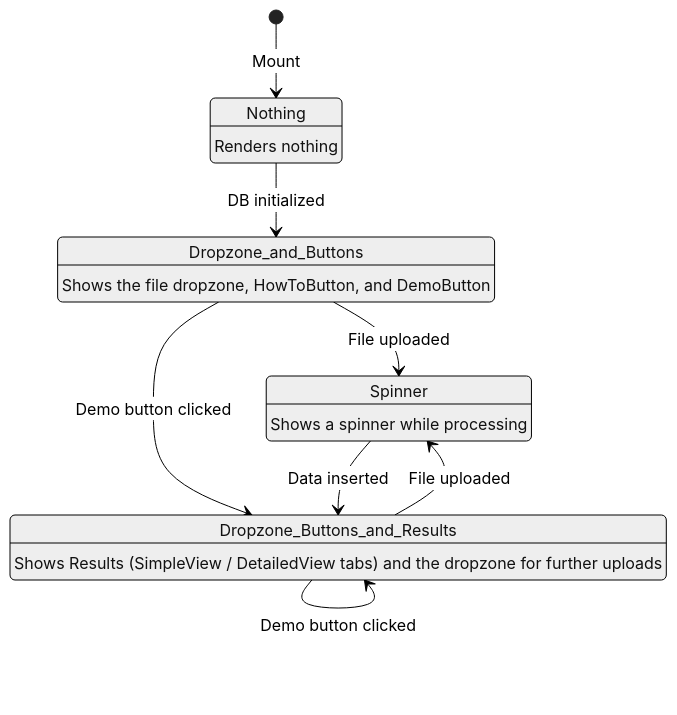
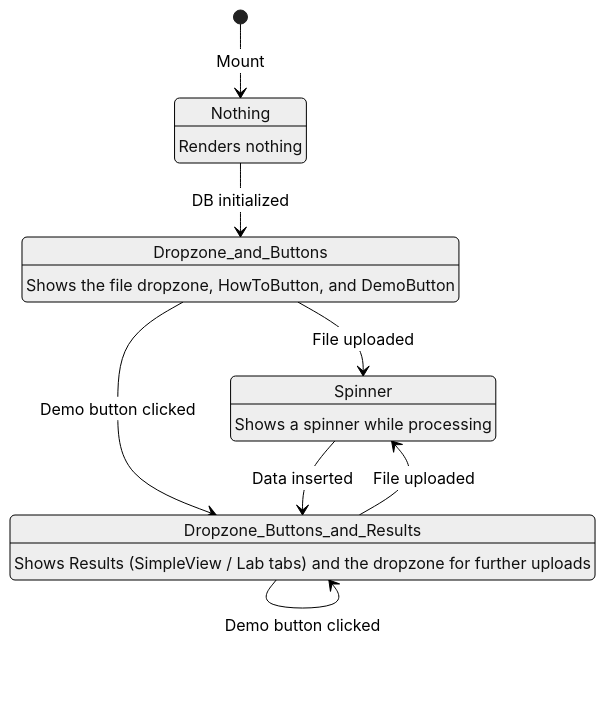
Before and after one commit to Gudsfile/tracksy: the first of 2 diagrams in app/README.md, drawn with Mermaid (neutral theme). The commit also changed other lines of this file and 115 other files, not shown here.

Commit message:
refactor(app): rename the Detailed View to Lab

````diff
--- a/app/README.md
+++ b/app/README.md
@@ -59,20 +59,20 @@
 ```mermaid
 stateDiagram-v2
   [*] --> Nothing:Mount
   Nothing --> Dropzone_and_Buttons:DB initialized
   Dropzone_and_Buttons --> Spinner:File uploaded
   Dropzone_and_Buttons --> Dropzone_Buttons_and_Results:Demo button clicked
   Spinner --> Dropzone_Buttons_and_Results:Data inserted
   Dropzone_Buttons_and_Results --> Spinner:File uploaded
   Dropzone_Buttons_and_Results --> Dropzone_Buttons_and_Results:Demo button clicked
 
   Nothing:Nothing
   Dropzone_and_Buttons:Dropzone_and_Buttons
   Spinner:Spinner
   Dropzone_Buttons_and_Results:Dropzone_Buttons_and_Results
 
 Nothing:Renders nothing
 Dropzone_and_Buttons:Shows the file dropzone, HowToButton, and DemoButton
 Spinner:Shows a spinner while processing
-Dropzone_Buttons_and_Results:Shows Results (SimpleView / DetailedView tabs) and the dropzone for further uploads
+Dropzone_Buttons_and_Results:Shows Results (SimpleView / Lab tabs) and the dropzone for further uploads
 ```
````
